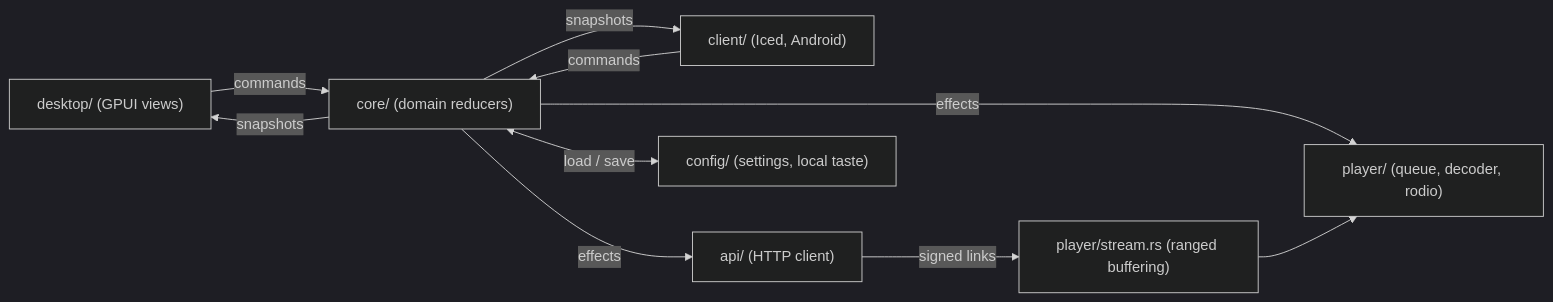
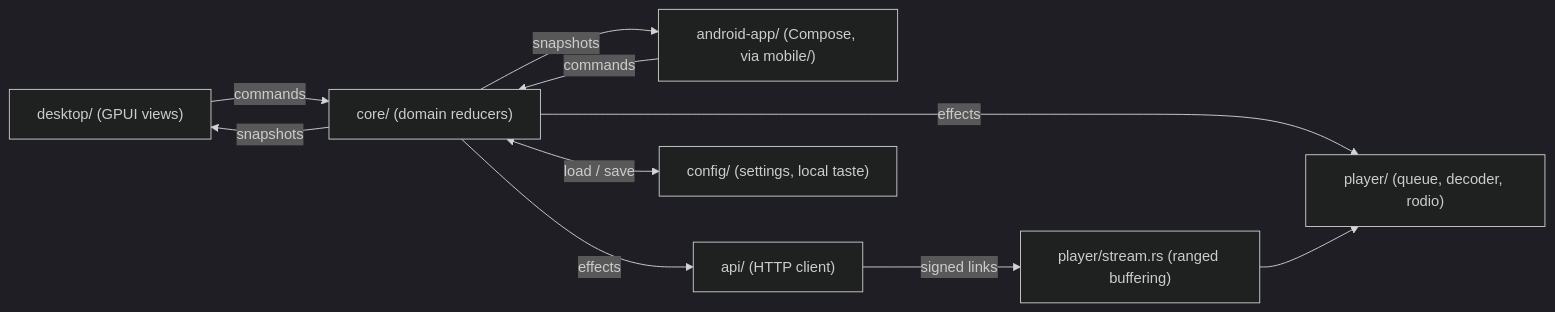
Before and after one commit to psymariux/Psytify: the diagram in README.md, drawn with Mermaid (dark theme). The commit also changed other lines of this file and 476 other files, not shown here.

Commit message:
feat: Kotlin Android app, desktop v2 redesign, Iced retired, English source (#40)

````diff
--- a/README.md
+++ b/README.md
@@ -167,12 +165,12 @@
 ```mermaid
 flowchart LR
     GPUI["desktop/ (GPUI views)"] -- commands --> CORE["core/ (domain reducers)"]
-    ICED["client/ (Iced, Android)"] -- commands --> CORE
+    KOTLIN["android-app/ (Compose, via mobile/)"] -- commands --> CORE
     CORE -- snapshots --> GPUI
-    CORE -- snapshots --> ICED
+    CORE -- snapshots --> KOTLIN
     CORE -- effects --> API["api/ (HTTP client)"]
     CORE -- effects --> PLAYER["player/ (queue, decoder, rodio)"]
     API -- signed links --> STREAM["player/stream.rs (ranged buffering)"]
     STREAM --> PLAYER
     CORE <-- load / save --> CONFIG["config/ (settings, local taste)"]
 ```
````
